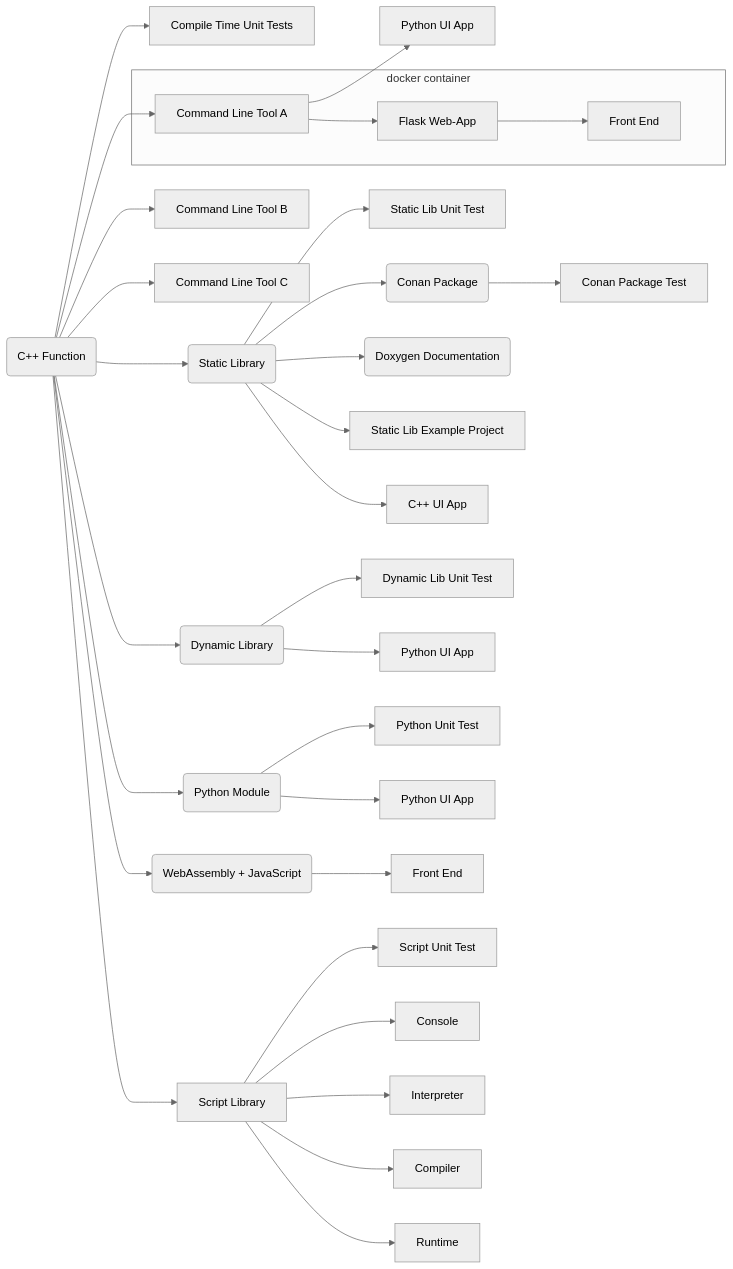
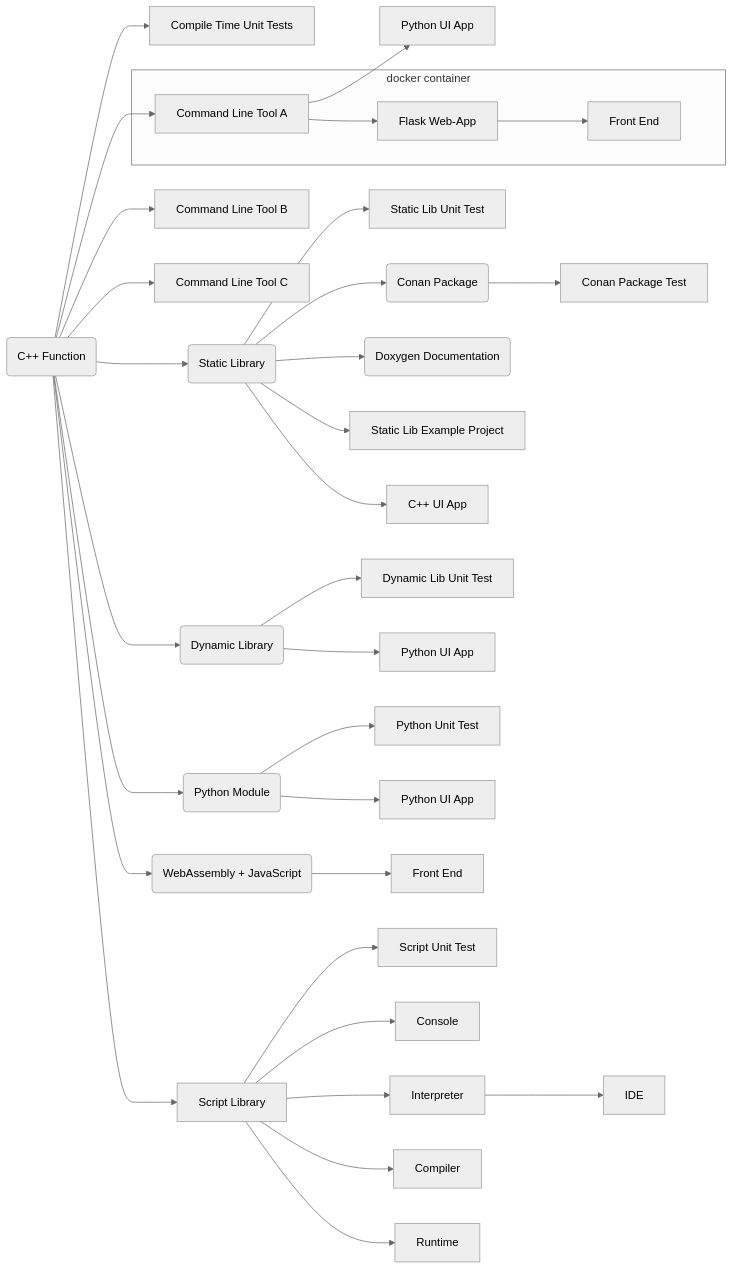
The diagram in README.md (SebastianBach/full-stack), drawn with Mermaid (neutral theme) before and after one commit. The commit also changed other lines of this file and 3 other files, not shown here.

Commit message:
script IDE

````diff
--- a/README.md
+++ b/README.md
@@ -40,48 +41,49 @@
 ```mermaid
   flowchart LR;
 
     F(C++ Function) --> CUT[Compile Time Unit Tests];
 
     F --> CLI1[Command Line Tool A]
     F --> CLI2[Command Line Tool B]
     F --> CLI3[Command Line Tool C]
 
     CLI1 --> PYAPP2[Python UI App]
 
     F --> LIB(Static Library)
 
     LIB --> LIBTEST[Static Lib Unit Test]
     LIB --> C(Conan Package)
     LIB --> DOXYGEN(Doxygen Documentation)
     LIB --> LIBEX[Static Lib Example Project]
 
     LIB --> QTCPP[C++ UI App]
 
     F --> DLL(Dynamic Library)
     DLL --> DLLTEST[Dynamic Lib Unit Test]
     DLL --> QTPYDLL[Python UI App]
 
     C --> CT[Conan Package Test]
 
     F --> PY(Python Module)
 
     subgraph docker container
     CLI1 --> SERVER[Flask Web-App]
     SERVER --> FRONT[Front End]
     end
 
     PY --> PYTEST[Python Unit Test]
     PY --> PYAPP[Python UI App]
 
     F --> WASM(WebAssembly + JavaScript)
 
     WASM --> WASMF[Front End]
 
     F --> SCRIPTLIB[Script Library]
 
     SCRIPTLIB --> SCRIPT_TEST[Script Unit Test]
     SCRIPTLIB --> SCRIPT_CONSOLE[Console]
     SCRIPTLIB --> SCRIPT_INTERPRETER[Interpreter]
+    SCRIPT_INTERPRETER --> SCRIPT_IDE[IDE]
     SCRIPTLIB --> SCRIPT_COMPILER[Compiler]
     SCRIPTLIB --> SCRIPT_RUNTIME[Runtime]
 ```
````
